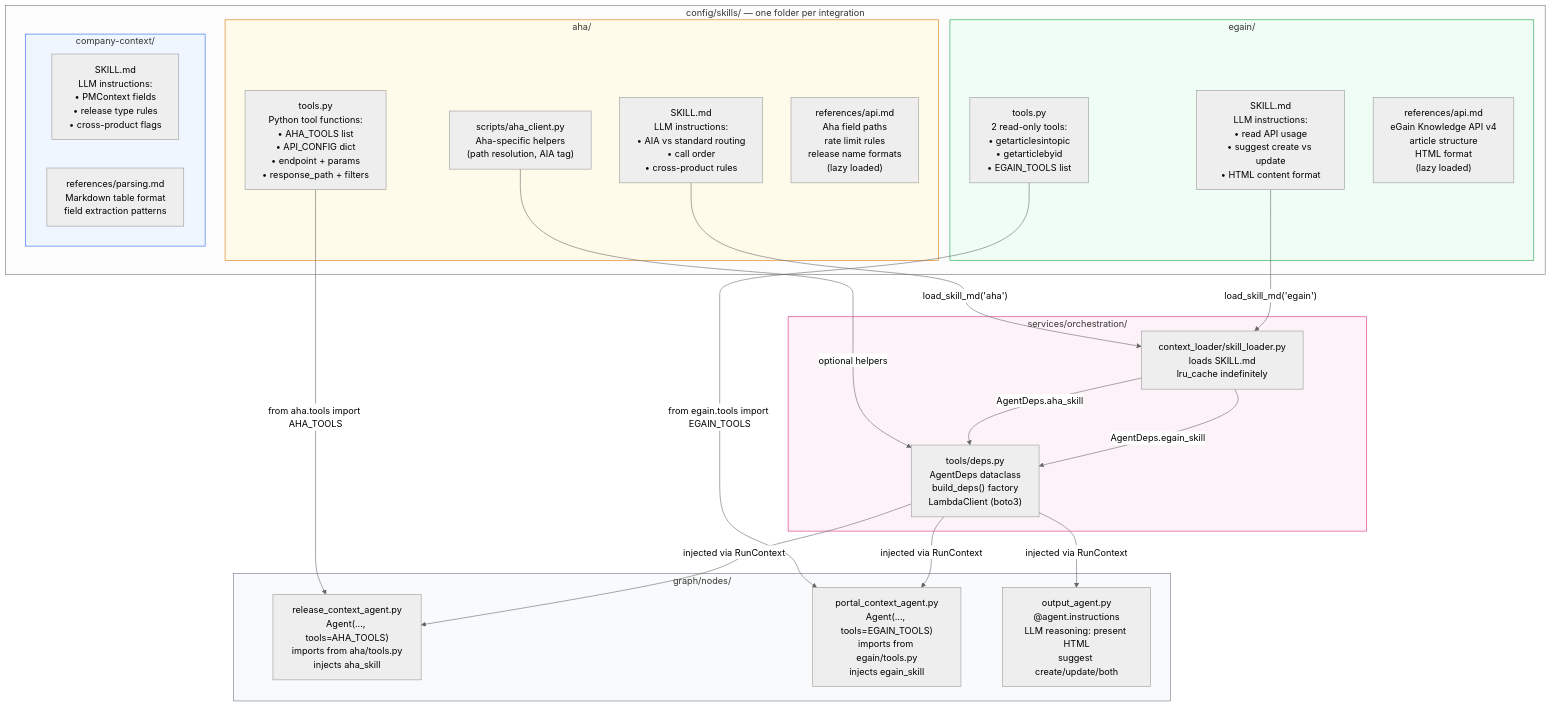
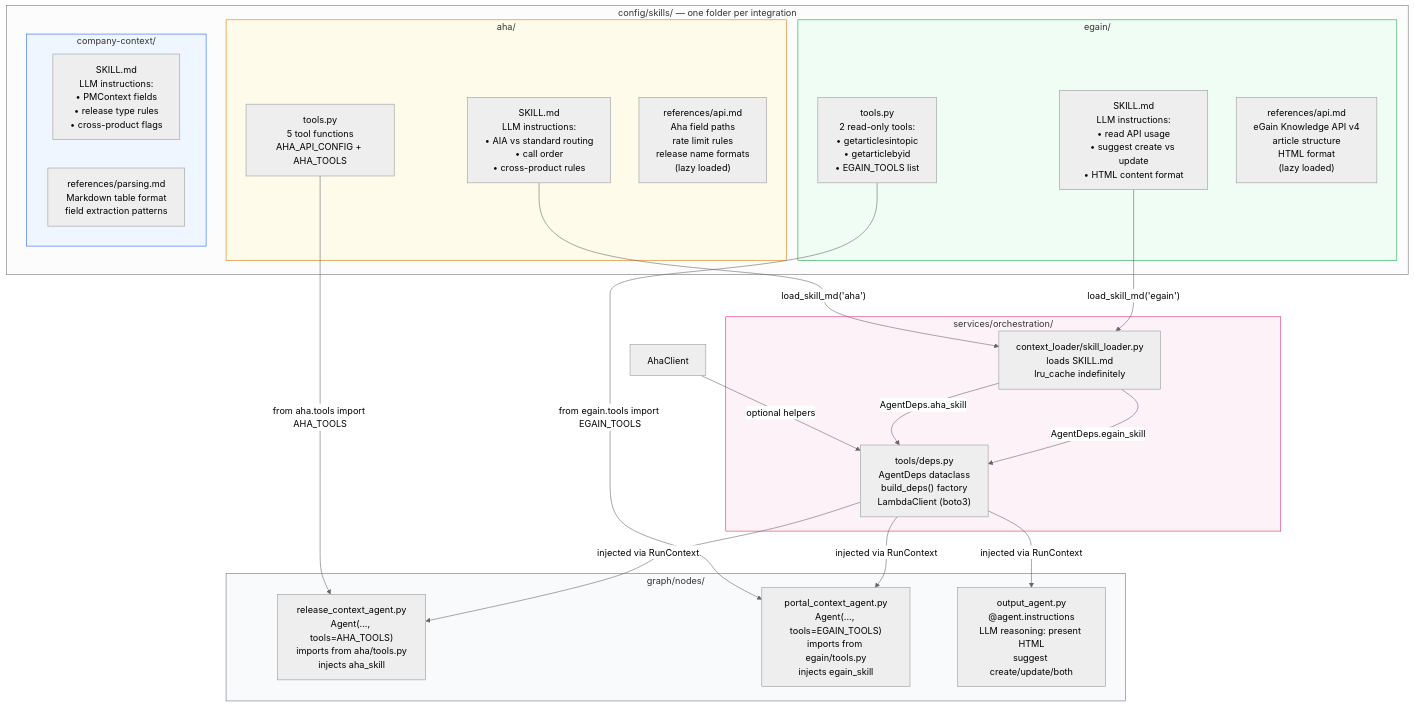
Before and after one commit to praz2202/pmmaiagent: the third of 11 diagrams in docs/pmm-ai-agent-architecture-diagrams.md, drawn with Mermaid (neutral theme). The commit also changed other lines of this file and 52 other files, not shown here.

First line of the commit message:
Implement single-agent architecture with capability-centric skills

````diff
--- a/docs/pmm-ai-agent-architecture-diagrams.md
+++ b/docs/pmm-ai-agent-architecture-diagrams.md
@@ -188,52 +188,52 @@
 ```mermaid
 graph TD
     subgraph SkillsDir["config/skills/ — one folder per integration"]
 
         subgraph AhaSkill["aha/"]
             AhaSKILL["SKILL.md\nLLM instructions:\n• AIA vs standard routing\n• call order\n• cross-product rules"]
             AhaTools["tools.py\nPython tool functions:\n• AHA_TOOLS list\n• API_CONFIG dict\n• endpoint + params\n• response_path + filters"]
-            AhaClient["scripts/aha_client.py\nAha-specific helpers\n(path resolution, AIA tag)"]
+            AhaTools["tools.py\n5 tool functions\nAHA_API_CONFIG + AHA_TOOLS"]
             AhaRef["references/api.md\nAha field paths\nrate limit rules\nrelease name formats\n(lazy loaded)"]
         end
 
         subgraph EgainSkill["egain/"]
             EgainSKILL["SKILL.md\nLLM instructions:\n• read API usage\n• suggest create vs update\n• HTML content format"]
             EgainTools["tools.py\n2 read-only tools:\n• getarticlesintopic\n• getarticlebyid\n• EGAIN_TOOLS list"]
             EgainRef["references/api.md\neGain Knowledge API v4\narticle structure\nHTML format\n(lazy loaded)"]
         end
 
         subgraph CtxSkill["company-context/"]
             CtxSKILL["SKILL.md\nLLM instructions:\n• PMContext fields\n• release type rules\n• cross-product flags"]
             CtxRef["references/parsing.md\nMarkdown table format\nfield extraction patterns"]
         end
     end
 
     subgraph Loaders["services/orchestration/"]
         SkillLoader["context_loader/skill_loader.py\nloads SKILL.md\nlru_cache indefinitely"]
         Deps["tools/deps.py\nAgentDeps dataclass\nbuild_deps() factory\nLambdaClient (boto3)"]
     end
 
     subgraph Nodes["graph/nodes/"]
         RCA["release_context_agent.py\nAgent(..., tools=AHA_TOOLS)\nimports from aha/tools.py\ninjects aha_skill"]
         PCA["portal_context_agent.py\nAgent(..., tools=EGAIN_TOOLS)\nimports from egain/tools.py\ninjects egain_skill"]
         OA["output_agent.py\n@agent.instructions\nLLM reasoning: present HTML\nsuggest create/update/both"]
     end
 
     AhaTools -->|"from aha.tools import AHA_TOOLS"| RCA
     EgainTools -->|"from egain.tools import EGAIN_TOOLS"| PCA
     AhaSKILL -->|"load_skill_md('aha')"| SkillLoader
     EgainSKILL -->|"load_skill_md('egain')"| SkillLoader
     AhaClient -->|"optional helpers"| Deps
     SkillLoader -->|"AgentDeps.aha_skill"| Deps
     SkillLoader -->|"AgentDeps.egain_skill"| Deps
 
     Deps -->|"injected via RunContext"| RCA
     Deps -->|"injected via RunContext"| PCA
     Deps -->|"injected via RunContext"| OA
 
     style AhaSkill fill:#FFFBEB,stroke:#D97706
     style EgainSkill fill:#F0FDF4,stroke:#16A34A
     style CtxSkill fill:#EFF6FF,stroke:#2563EB
     style Loaders fill:#FDF2F8,stroke:#DB2777
     style Nodes fill:#F9FAFB,stroke:#6B7280
 ```
````
